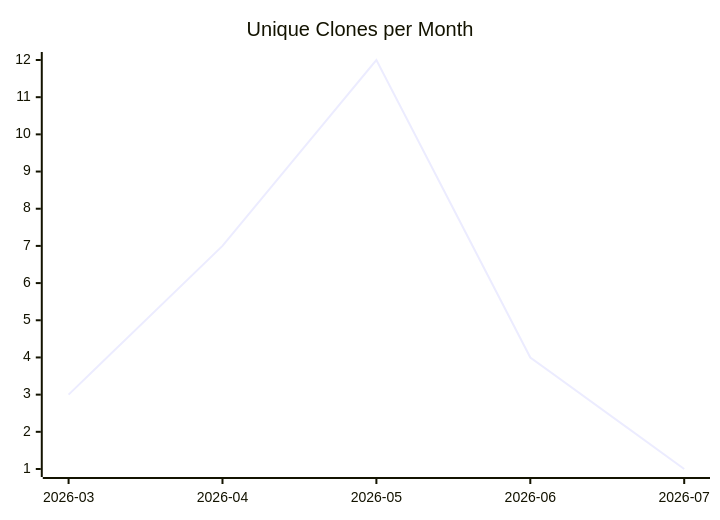
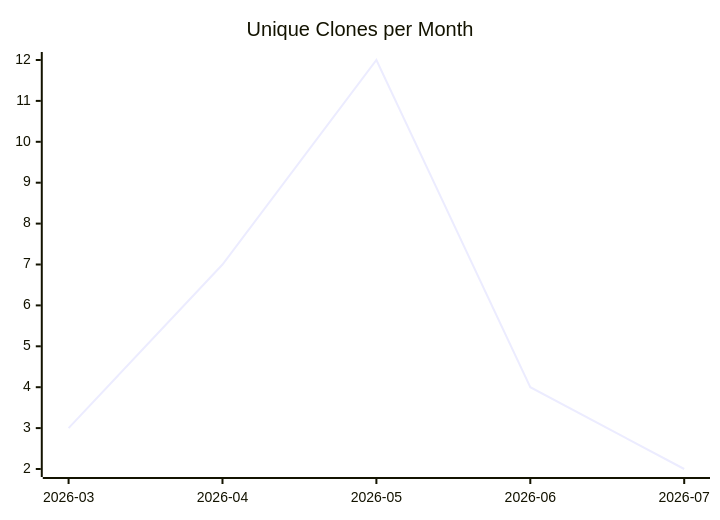
Before and after one commit to justdavis-family/github-analytics-data: the third of 3 diagrams in karlmdavis/perfect-note/README.md, drawn with Mermaid. The commit also changed other lines of this file and 180 other files, not shown here.

````diff
--- a/karlmdavis/perfect-note/README.md
+++ b/karlmdavis/perfect-note/README.md
@@ -19,6 +19,6 @@
 ```mermaid
 xychart-beta
   title "Unique Clones per Month"
   x-axis ["2026-03", "2026-04", "2026-05", "2026-06", "2026-07"]
-  line [3, 7, 12, 4, 1]
+  line [3, 7, 12, 4, 2]
 ```
````
